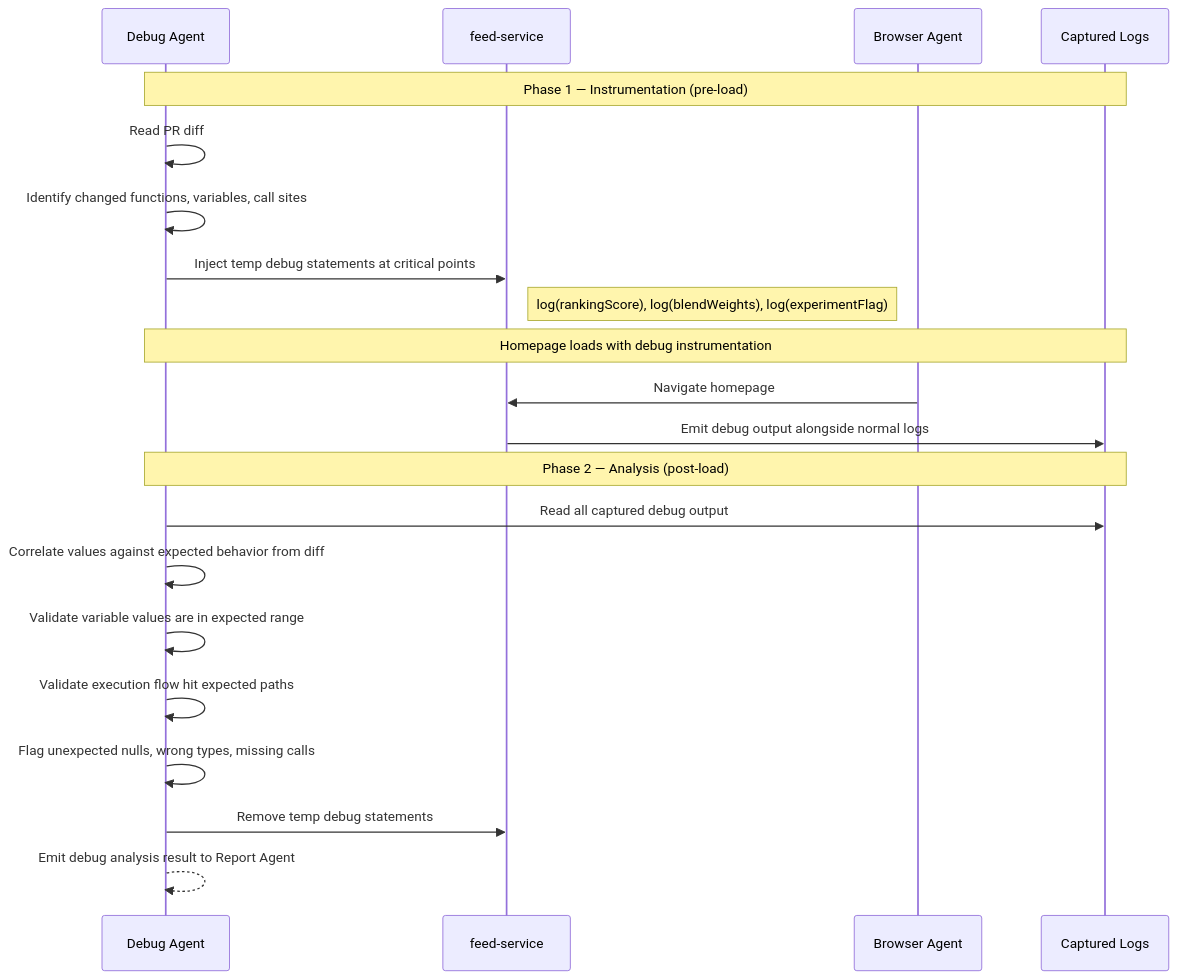
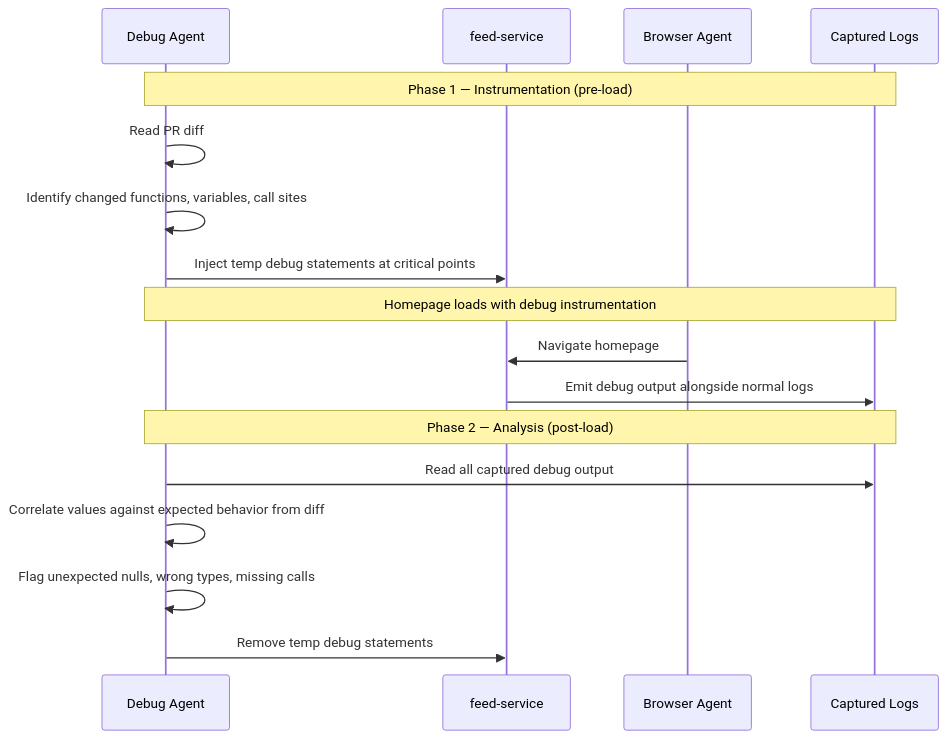
The second of 3 diagrams in sandbox-e2e-testing/1-pager.md (daniel-fonyo/dd-brain), drawn with Mermaid before and after one commit. The commit also changed other lines of this file and 9 other files, not shown here.

````diff
--- a/sandbox-e2e-testing/1-pager.md
+++ b/sandbox-e2e-testing/1-pager.md
@@ -112,26 +76,22 @@
 ```mermaid
 sequenceDiagram
     participant DA as Debug Agent
     participant Code as feed-service
     participant Browser as Browser Agent
     participant Logs as Captured Logs
 
     Note over DA,Logs: Phase 1 — Instrumentation (pre-load)
     DA->>DA: Read PR diff
     DA->>DA: Identify changed functions, variables, call sites
     DA->>Code: Inject temp debug statements at critical points
-    Note right of Code: log(rankingScore), log(blendWeights), log(experimentFlag)
 
     Note over DA,Logs: Homepage loads with debug instrumentation
     Browser->>Code: Navigate homepage
     Code->>Logs: Emit debug output alongside normal logs
 
     Note over DA,Logs: Phase 2 — Analysis (post-load)
     DA->>Logs: Read all captured debug output
     DA->>DA: Correlate values against expected behavior from diff
-    DA->>DA: Validate variable values are in expected range
-    DA->>DA: Validate execution flow hit expected paths
     DA->>DA: Flag unexpected nulls, wrong types, missing calls
     DA->>Code: Remove temp debug statements
-    DA-->>DA: Emit debug analysis result to Report Agent
 ```
````
